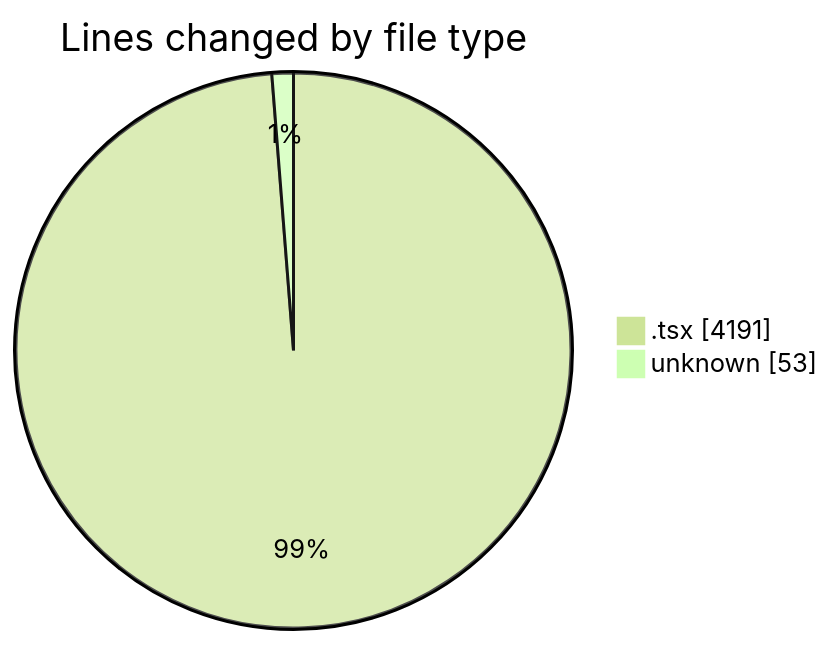
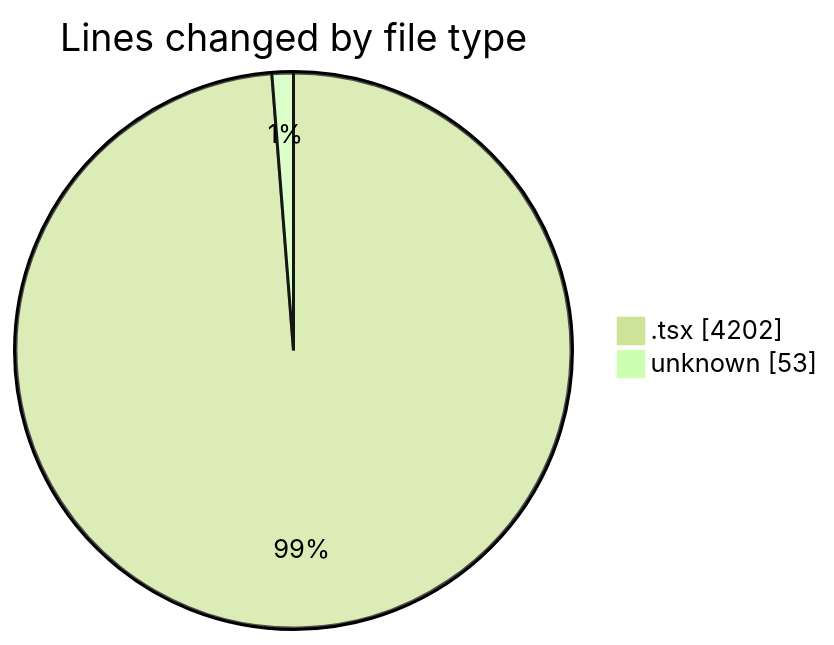
Before and after one commit to JenPaints/code-tracking: the first of 2 diagrams in 2025-05-29/kimberly-groups/README.md, drawn with Mermaid (forest theme). The commit also changed other lines of this file and 1 other file, not shown here.

````diff
--- a/2025-05-29/kimberly-groups/README.md
+++ b/2025-05-29/kimberly-groups/README.md
@@ -29,6 +29,6 @@
 ```mermaid
 pie showData
 title Lines changed by file type
-".tsx" : 4191
+".tsx" : 4202
 "unknown" : 53
 ```
````
